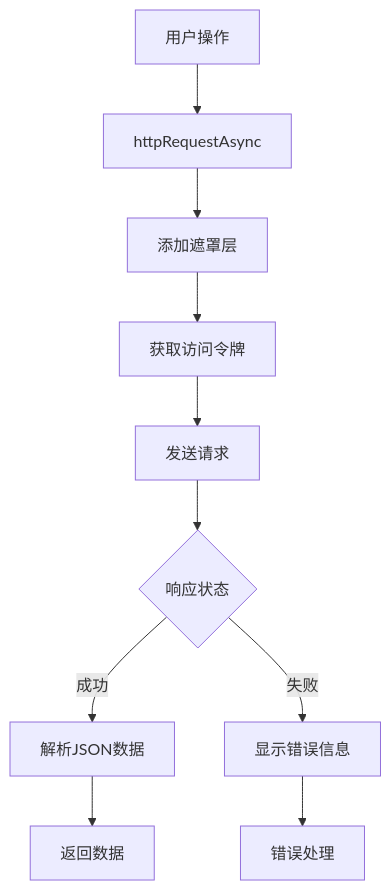
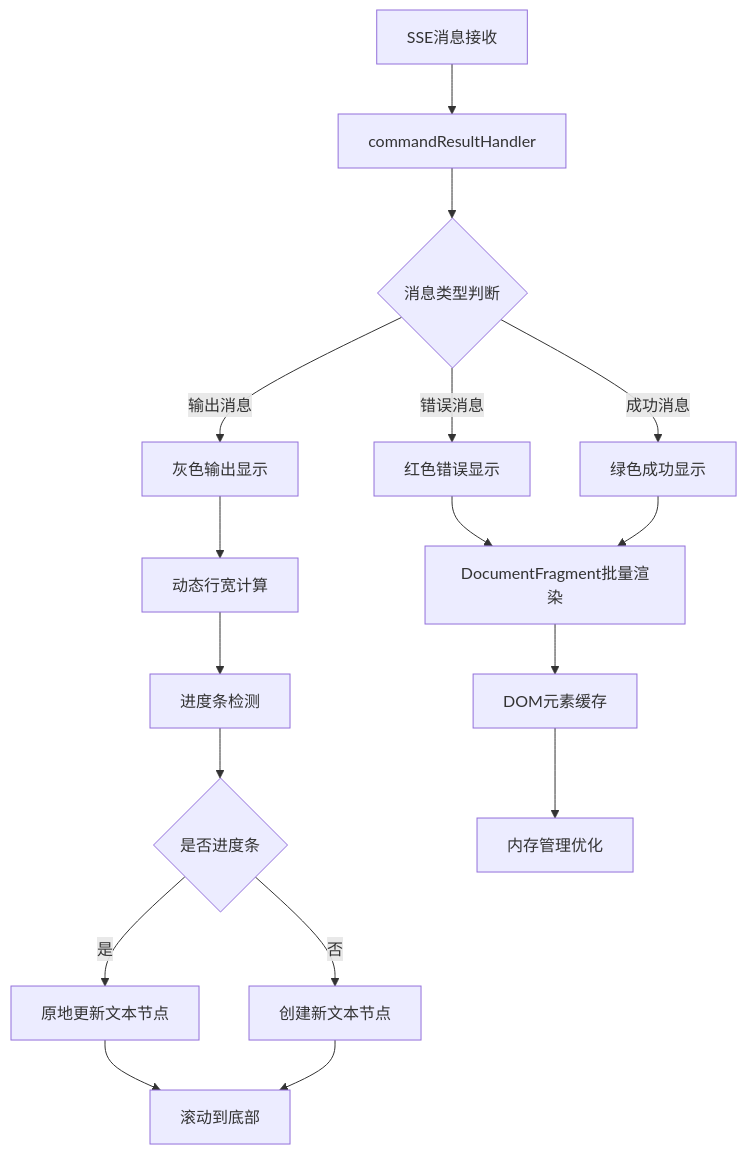
Before and after one commit to Sosososolong/AirGo: the eighth of 13 diagrams in .qoder/repowiki/zh/content/工具库详解/站点JavaScript增强.md, drawn with Mermaid. The commit also changed other lines of this file and 6 other files, not shown here.

````diff
--- a/.qoder/repowiki/zh/content/工具库详解/站点JavaScript增强.md
+++ b/.qoder/repowiki/zh/content/工具库详解/站点JavaScript增强.md
@@ -260,12 +284,19 @@
 ```mermaid
 flowchart TD
-A[用户操作] --> B[httpRequestAsync]
-B --> C[添加遮罩层]
-C --> D[获取访问令牌]
-D --> E[发送请求]
-E --> F{响应状态}
-F --> |成功| G[解析JSON数据]
-F --> |失败| H[显示错误信息]
-G --> I[返回数据]
-H --> J[错误处理]
+A[SSE消息接收] --> B[commandResultHandler]
+B --> C{消息类型判断}
+C --> |错误消息| D[红色错误显示]
+C --> |成功消息| E[绿色成功显示]
+C --> |输出消息| F[灰色输出显示]
+D --> G[DocumentFragment批量渲染]
+E --> G
+F --> H[动态行宽计算]
+H --> I[进度条检测]
+I --> J{是否进度条}
+J --> |是| K[原地更新文本节点]
+J --> |否| L[创建新文本节点]
+K --> M[滚动到底部]
+L --> M
+G --> N[DOM元素缓存]
+N --> O[内存管理优化]
 ```
````
